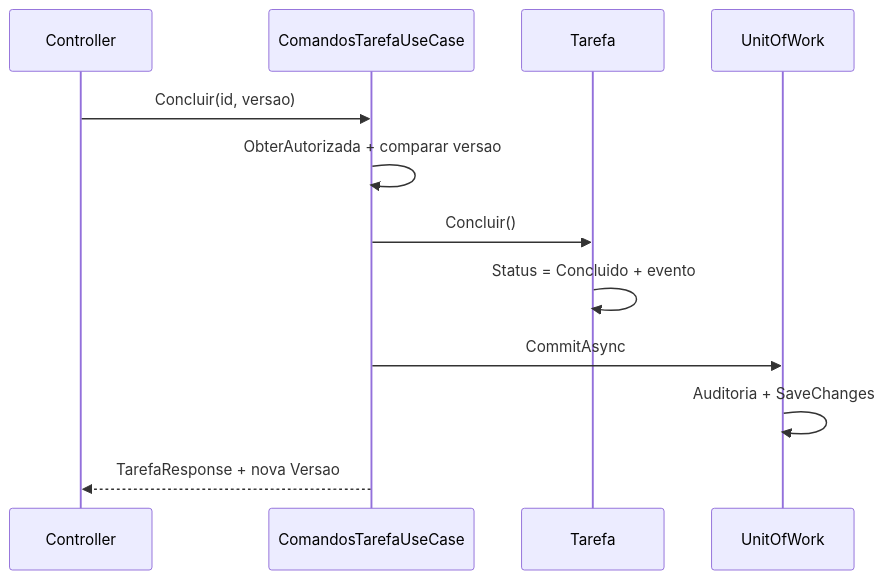
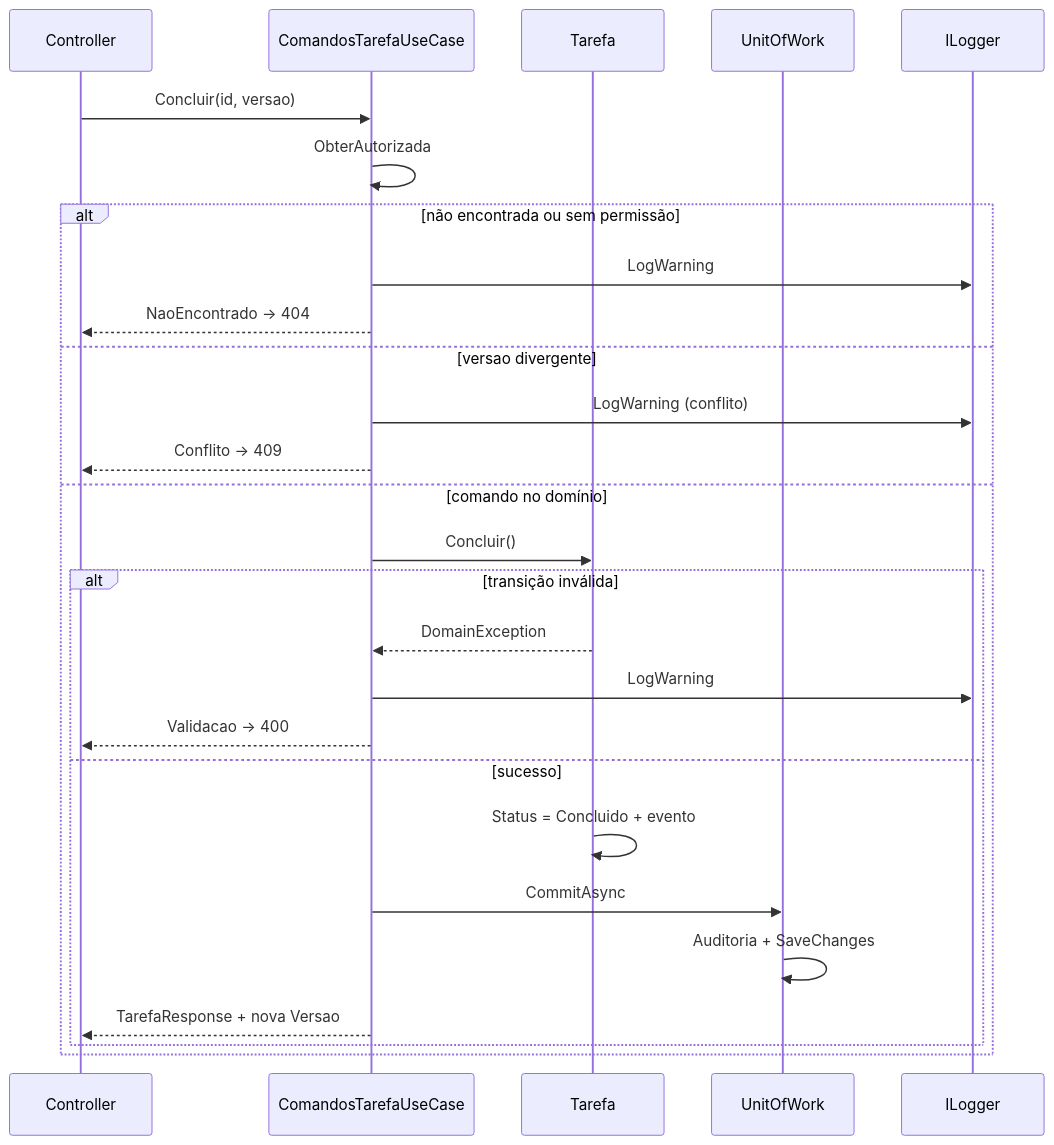
One commit to eutiagoportela/SistemaTarefas changed the ninth of 11 diagrams in README.md. Above: the diagram before and after it, drawn with Mermaid. The commit also changed other lines of this file and 11 other files, not shown here.

````diff
--- a/README.md
+++ b/README.md
@@ -482,15 +521,30 @@
 ```mermaid
 sequenceDiagram
     participant C as Controller
     participant UC as ComandosTarefaUseCase
     participant T as Tarefa
     participant UOW as UnitOfWork
+    participant LOG as ILogger
 
     C->>UC: Concluir(id, versao)
-    UC->>UC: ObterAutorizada + comparar versao
-    UC->>T: Concluir()
-    T->>T: Status = Concluido + evento
-    UC->>UOW: CommitAsync
-    UOW->>UOW: Auditoria + SaveChanges
-    UC-->>C: TarefaResponse + nova Versao
+    UC->>UC: ObterAutorizada
+    alt não encontrada ou sem permissão
+        UC->>LOG: LogWarning
+        UC-->>C: NaoEncontrado → 404
+    else versao divergente
+        UC->>LOG: LogWarning (conflito)
+        UC-->>C: Conflito → 409
+    else comando no domínio
+        UC->>T: Concluir()
+        alt transição inválida
+            T-->>UC: DomainException
+            UC->>LOG: LogWarning
+            UC-->>C: Validacao → 400
+        else sucesso
+            T->>T: Status = Concluido + evento
+            UC->>UOW: CommitAsync
+            UOW->>UOW: Auditoria + SaveChanges
+            UC-->>C: TarefaResponse + nova Versao
+        end
+    end
 ```
````
